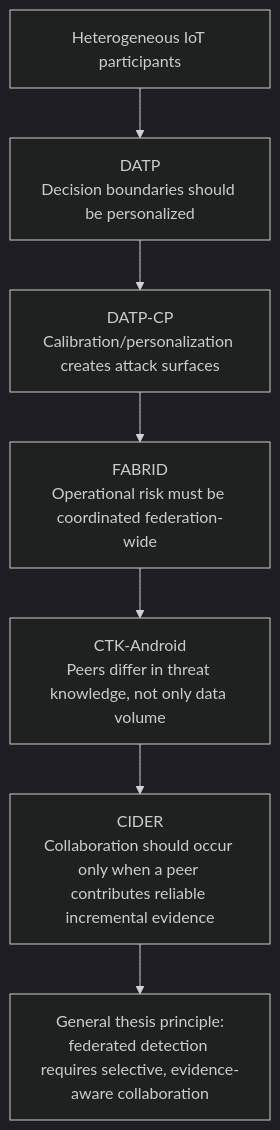
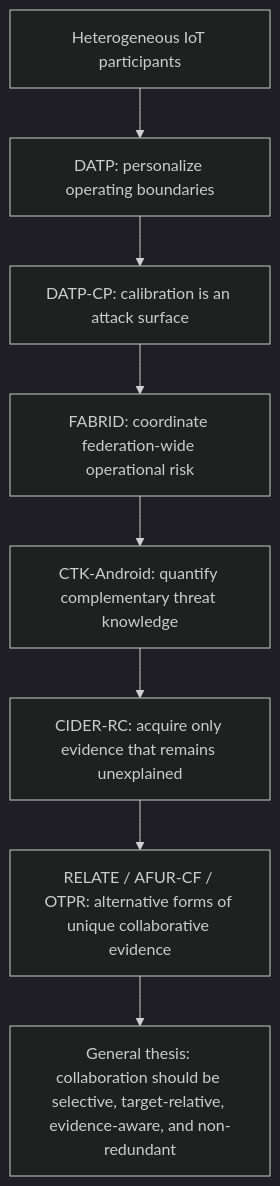
The second of 2 diagrams in docs/Candidates.md (naslouby-salahe/FedCampaign-EMHI), drawn with Mermaid (dark theme) before and after one commit. The commit also changed other lines of this file and 7 other files, not shown here.

````diff
--- a/docs/Candidates.md
+++ b/docs/Candidates.md
@@ -1335,9 +1627,10 @@
 ```mermaid
 flowchart TD
-    A["Heterogeneous IoT participants"] --> B["DATP<br/>Decision boundaries should be personalized"]
-    B --> C["DATP-CP<br/>Calibration/personalization creates attack surfaces"]
-    C --> D["FABRID<br/>Operational risk must be coordinated federation-wide"]
-    D --> E["CTK-Android<br/>Peers differ in threat knowledge, not only data volume"]
-    E --> F["CIDER<br/>Collaboration should occur only when a peer contributes reliable incremental evidence"]
-    F --> G["General thesis principle:<br/>federated detection requires selective, evidence-aware collaboration"]
+    A[Heterogeneous IoT participants] --> B[DATP: personalize operating boundaries]
+    B --> C[DATP-CP: calibration is an attack surface]
+    C --> D[FABRID: coordinate federation-wide operational risk]
+    D --> E[CTK-Android: quantify complementary threat knowledge]
+    E --> F[CIDER-RC: acquire only evidence that remains unexplained]
+    F --> G[RELATE / AFUR-CF / OTPR: alternative forms of unique collaborative evidence]
+    G --> H[General thesis: collaboration should be selective, target-relative, evidence-aware, and non-redundant]
 ```
````
